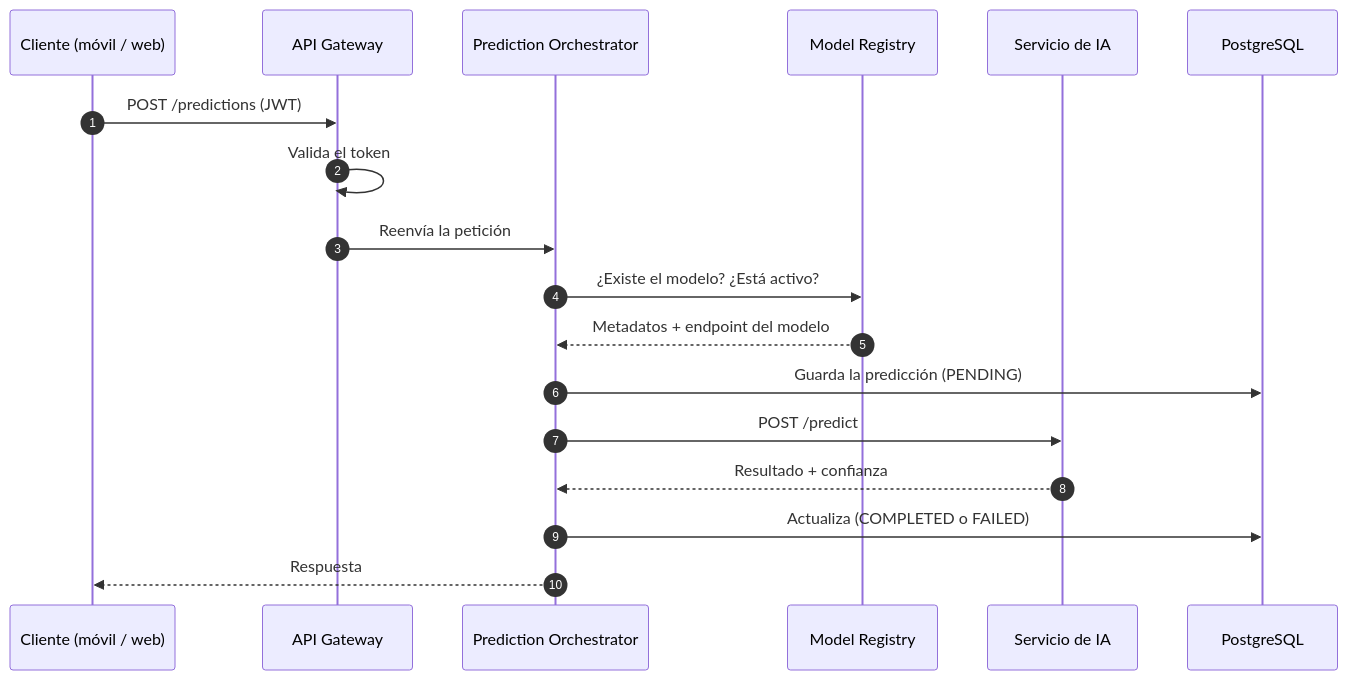
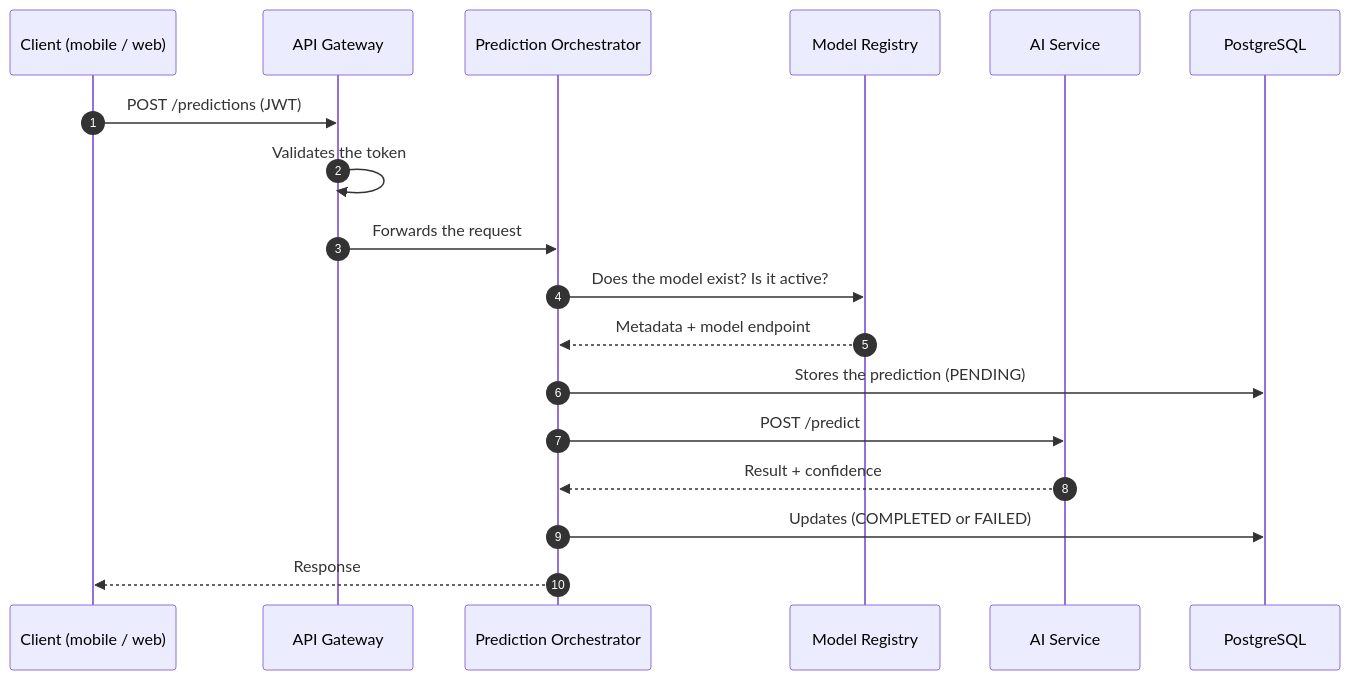
One commit to zhunio2003/multiaz changed the diagram in README.md. Above: the diagram before and after it, drawn with Mermaid. The commit also changed other lines of this file and 2 other files, not shown here.

````diff
--- a/README.md
+++ b/README.md
@@ -63,21 +63,21 @@
 ```mermaid
 sequenceDiagram
     autonumber
-    participant C as Cliente (móvil / web)
+    participant C as Client (mobile / web)
     participant G as API Gateway
     participant O as Prediction Orchestrator
     participant R as Model Registry
-    participant M as Servicio de IA
+    participant M as AI Service
     participant DB as PostgreSQL
 
     C->>G: POST /predictions (JWT)
-    G->>G: Valida el token
-    G->>O: Reenvía la petición
-    O->>R: ¿Existe el modelo? ¿Está activo?
-    R-->>O: Metadatos + endpoint del modelo
-    O->>DB: Guarda la predicción (PENDING)
+    G->>G: Validates the token
+    G->>O: Forwards the request
+    O->>R: Does the model exist? Is it active?
+    R-->>O: Metadata + model endpoint
+    O->>DB: Stores the prediction (PENDING)
     O->>M: POST /predict
-    M-->>O: Resultado + confianza
-    O->>DB: Actualiza (COMPLETED o FAILED)
-    O-->>C: Respuesta
+    M-->>O: Result + confidence
+    O->>DB: Updates (COMPLETED or FAILED)
+    O-->>C: Response
 ```
````
